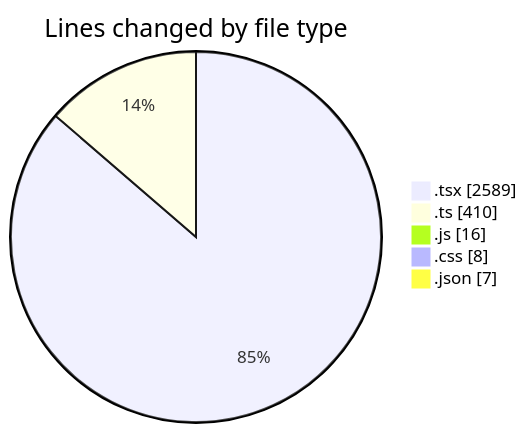
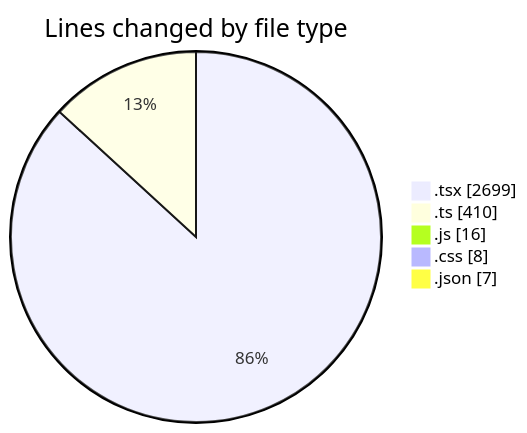
One commit to robertbonfada/code-tracking changed the first of 2 diagrams in 2025-01-17/mbc-web/README.md. Above: the diagram before and after it, drawn with Mermaid. The commit also changed other lines of this file and 1 other file, not shown here.

````diff
--- a/2025-01-17/mbc-web/README.md
+++ b/2025-01-17/mbc-web/README.md
@@ -35,9 +35,9 @@
 ```mermaid
 pie showData
 title Lines changed by file type
-".tsx" : 2589
+".tsx" : 2699
 ".ts" : 410
 ".js" : 16
 ".css" : 8
 ".json" : 7
 ```
````
